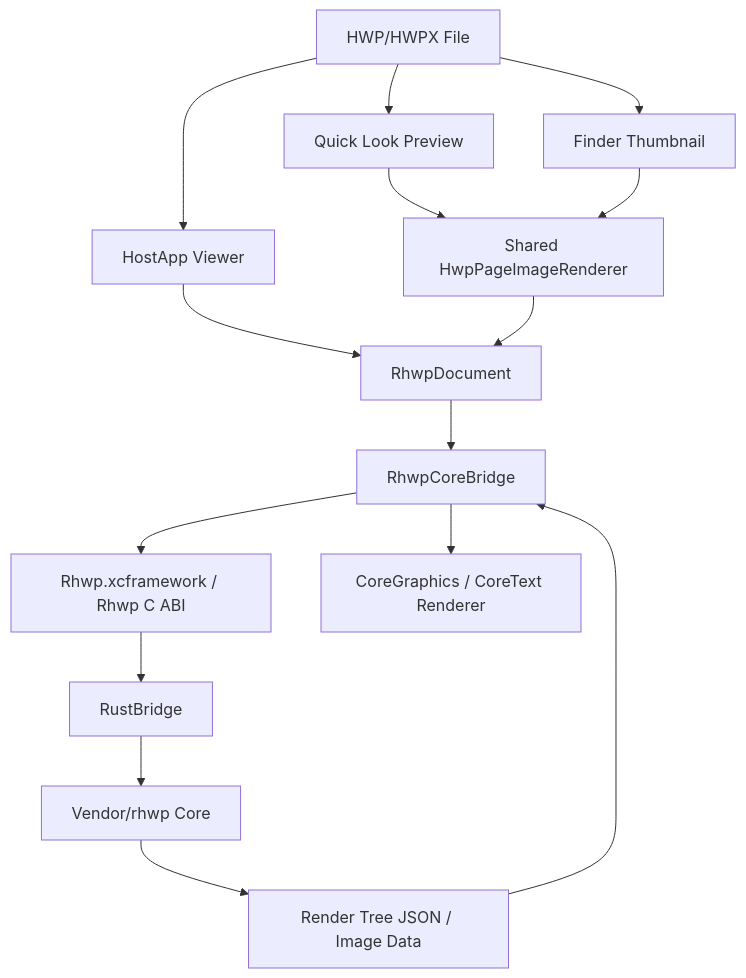
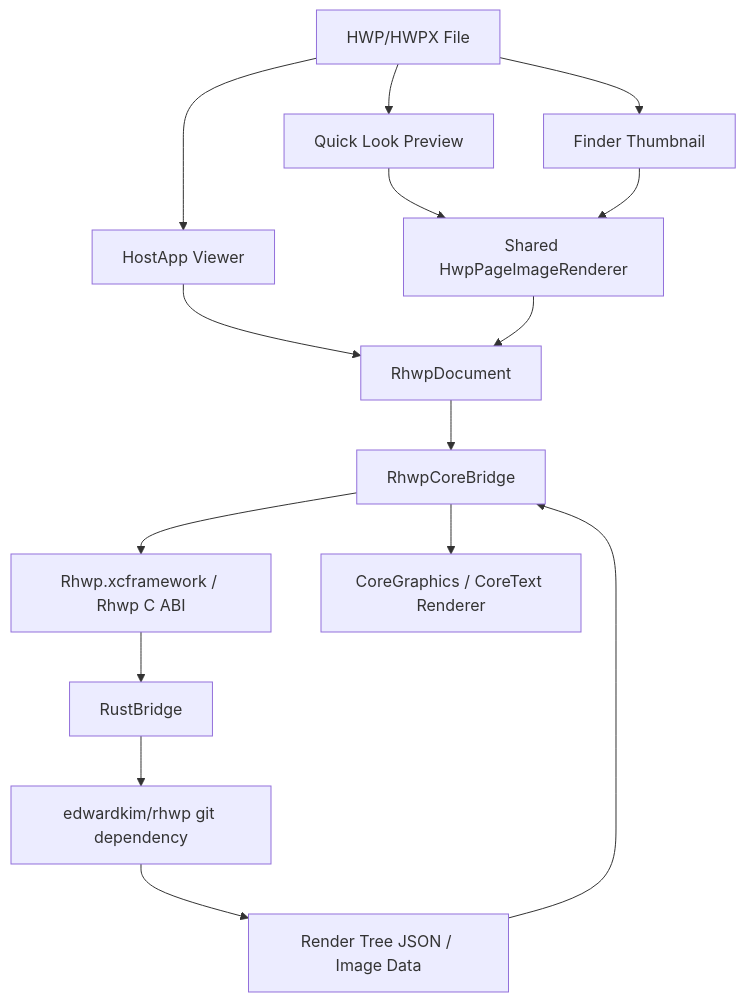
The diagram in README.md (postmelee/alhangeul-macos), drawn with Mermaid before and after one commit. The commit also changed other lines of this file and 8 other files, not shown here.

Commit message:
Task #30 Stage 5: core dependency 문서 보정

````diff
--- a/README.md
+++ b/README.md
@@ -449,17 +447,17 @@
 ```mermaid
 graph TB
     HWP[HWP/HWPX File] --> HostApp[HostApp Viewer]
     HWP --> Preview[Quick Look Preview]
     HWP --> Thumbnail[Finder Thumbnail]
     Preview --> Shared[Shared HwpPageImageRenderer]
     Thumbnail --> Shared
     HostApp --> Doc[RhwpDocument]
     Shared --> Doc
     Doc --> Bridge[RhwpCoreBridge]
     Bridge --> XC[Rhwp.xcframework / Rhwp C ABI]
     XC --> RustBridge[RustBridge]
-    RustBridge --> Core[Vendor/rhwp Core]
+    RustBridge --> Core[edwardkim/rhwp git dependency]
     Core --> Data[Render Tree JSON / Image Data]
     Data --> Bridge
     Bridge --> CG[CoreGraphics / CoreText Renderer]
 ```
````
